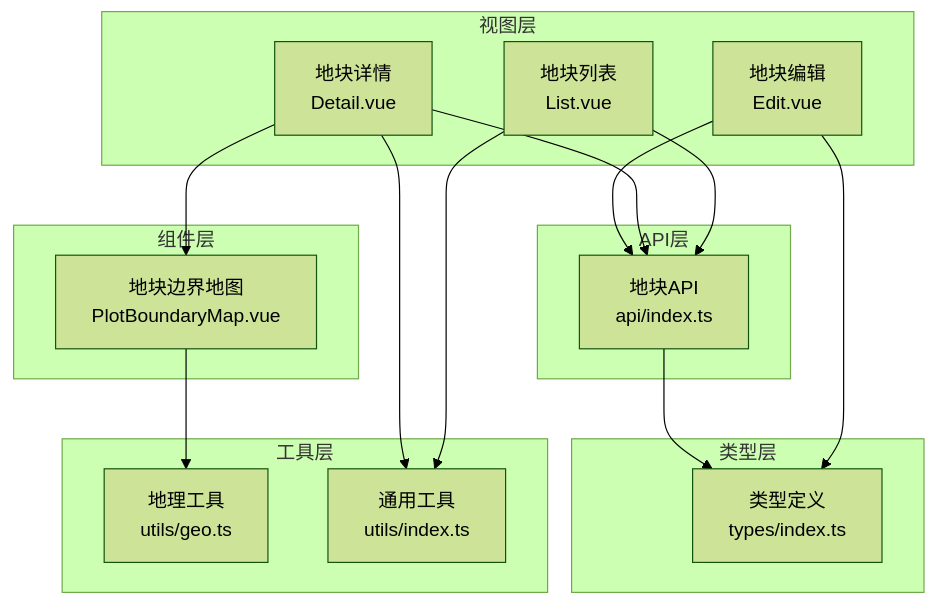
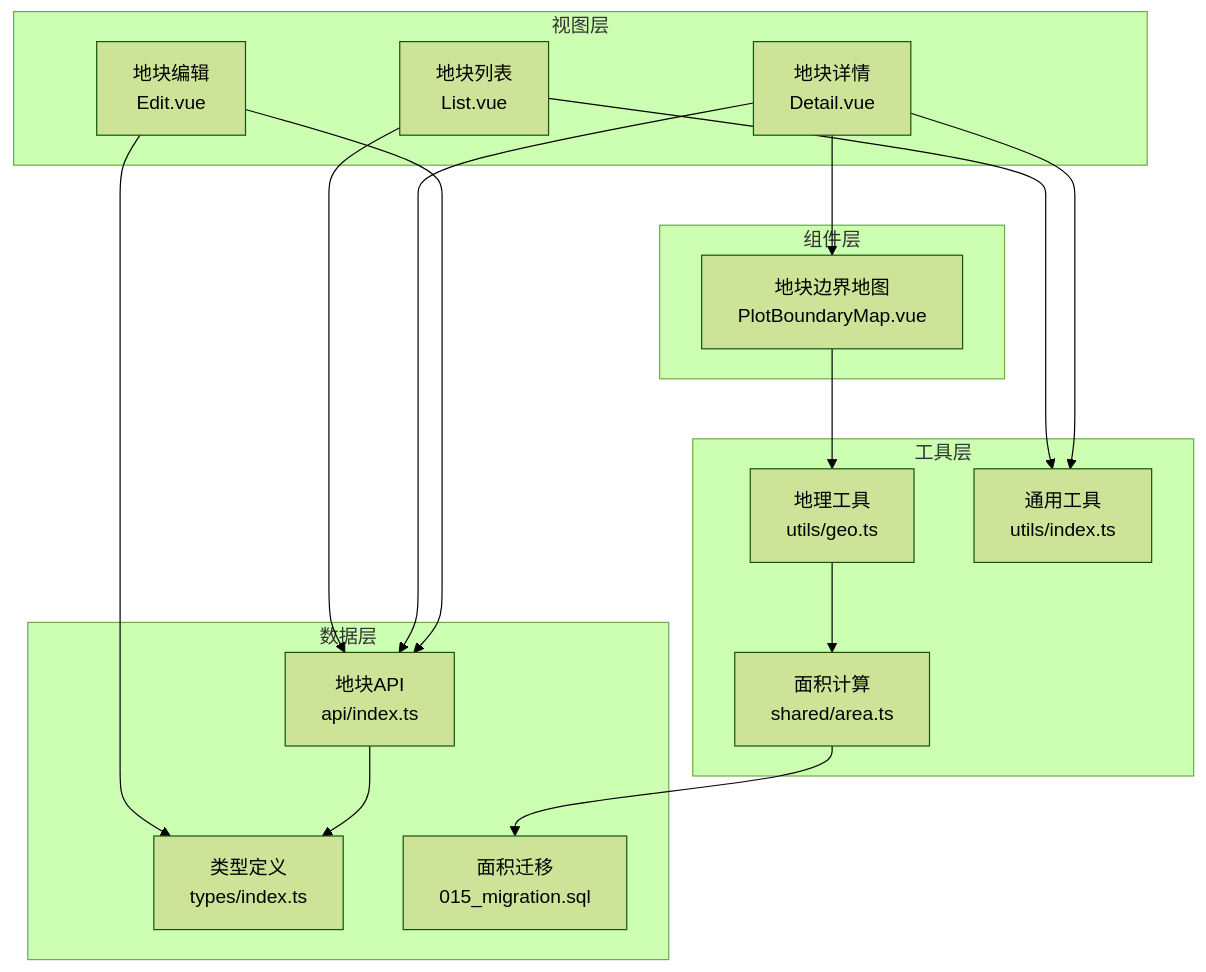
Before and after one commit to q446328246/agri-platform: the first of 10 diagrams in .qoder/repowiki/zh/content/前端应用文档/核心页面/地块管理页面/地块管理页面.md, drawn with Mermaid (forest theme). The commit also changed other lines of this file and 37 other files, not shown here.

````diff
--- a/.qoder/repowiki/zh/content/前端应用文档/核心页面/地块管理页面/地块管理页面.md
+++ b/.qoder/repowiki/zh/content/前端应用文档/核心页面/地块管理页面/地块管理页面.md
@@ -42,30 +54,32 @@
 ```mermaid
 graph TB
 subgraph "视图层"
 List["地块列表<br/>List.vue"]
 Detail["地块详情<br/>Detail.vue"]
 Edit["地块编辑<br/>Edit.vue"]
 end
 subgraph "组件层"
 MapComp["地块边界地图<br/>PlotBoundaryMap.vue"]
 end
 subgraph "工具层"
 GeoUtils["地理工具<br/>utils/geo.ts"]
 CommonUtils["通用工具<br/>utils/index.ts"]
+AreaCalc["面积计算<br/>shared/area.ts"]
 end
-subgraph "API层"
-PlotApi["地块API<br/>api/index.ts"]
+subgraph "数据层"
+Api["地块API<br/>api/index.ts"]
+Types["类型定义<br/>types/index.ts"]
+Migration["面积迁移<br/>015_migration.sql"]
 end
-subgraph "类型层"
-Types["类型定义<br/>types/index.ts"]
-end
-List --> PlotApi
-Detail --> PlotApi
-Edit --> PlotApi
+List --> Api
+Detail --> Api
+Edit --> Api
 Detail --> MapComp
 MapComp --> GeoUtils
 List --> CommonUtils
 Detail --> CommonUtils
 Edit --> Types
-PlotApi --> Types
+Api --> Types
+GeoUtils --> AreaCalc
+AreaCalc --> Migration
 ```
````
